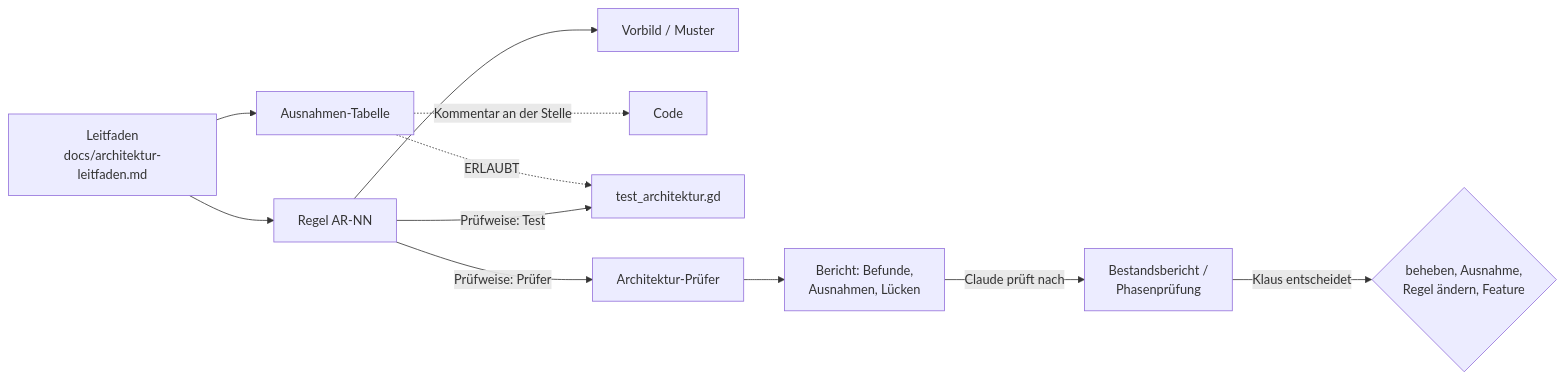
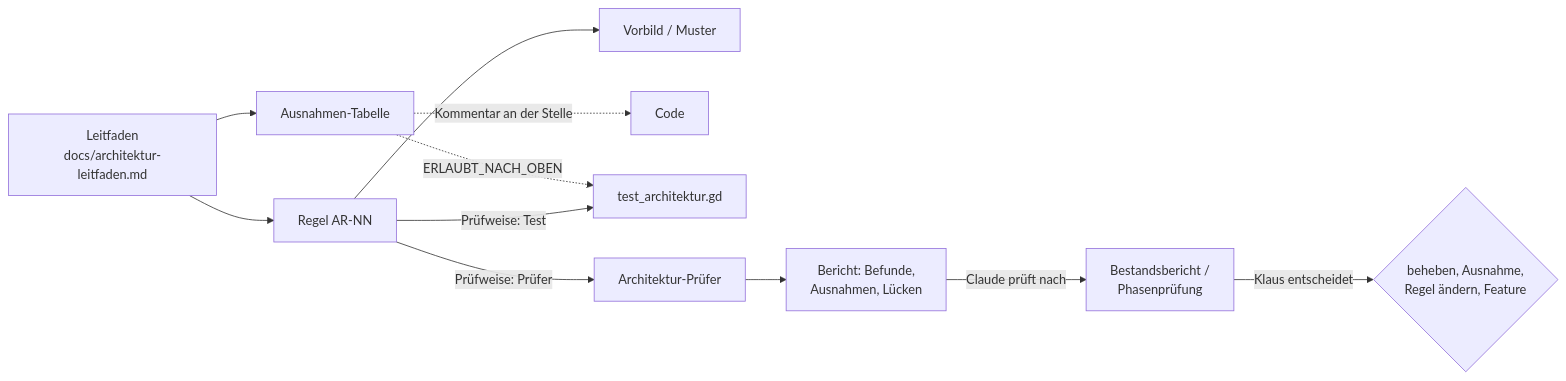
The diagram in specs/008-architektur/data-model.md (klausmoster/DerComputerladen), drawn with Mermaid before and after one commit. The commit also changed other lines of this file and 8 other files, not shown here.

````diff
--- a/specs/008-architektur/data-model.md
+++ b/specs/008-architektur/data-model.md
@@ -6,13 +6,13 @@
 ```mermaid
 flowchart LR
     L["Leitfaden<br/>docs/architektur-leitfaden.md"] --> R["Regel AR-NN"]
     R --> V["Vorbild / Muster"]
     L --> A["Ausnahmen-Tabelle"]
     A -.->|"Kommentar an der Stelle"| C["Code"]
-    A -.->|"ERLAUBT"| T["test_architektur.gd"]
+    A -.->|"ERLAUBT_NACH_OBEN"| T["test_architektur.gd"]
     R -->|"Prüfweise: Test"| T
     R -->|"Prüfweise: Prüfer"| P["Architektur-Prüfer"]
     P --> B["Bericht: Befunde,<br/>Ausnahmen, Lücken"]
     B -->|"Claude prüft nach"| BB["Bestandsbericht /<br/>Phasenprüfung"]
     BB -->|"Klaus entscheidet"| E{"beheben, Ausnahme,<br/>Regel ändern, Feature"}
 ```
````
